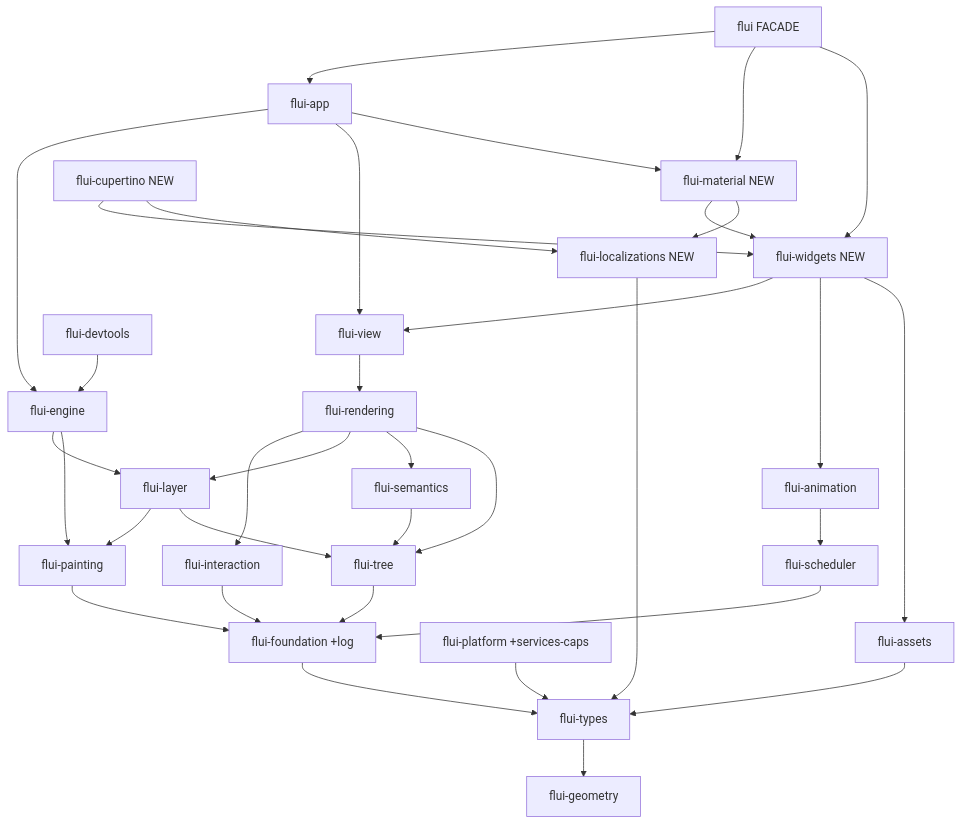
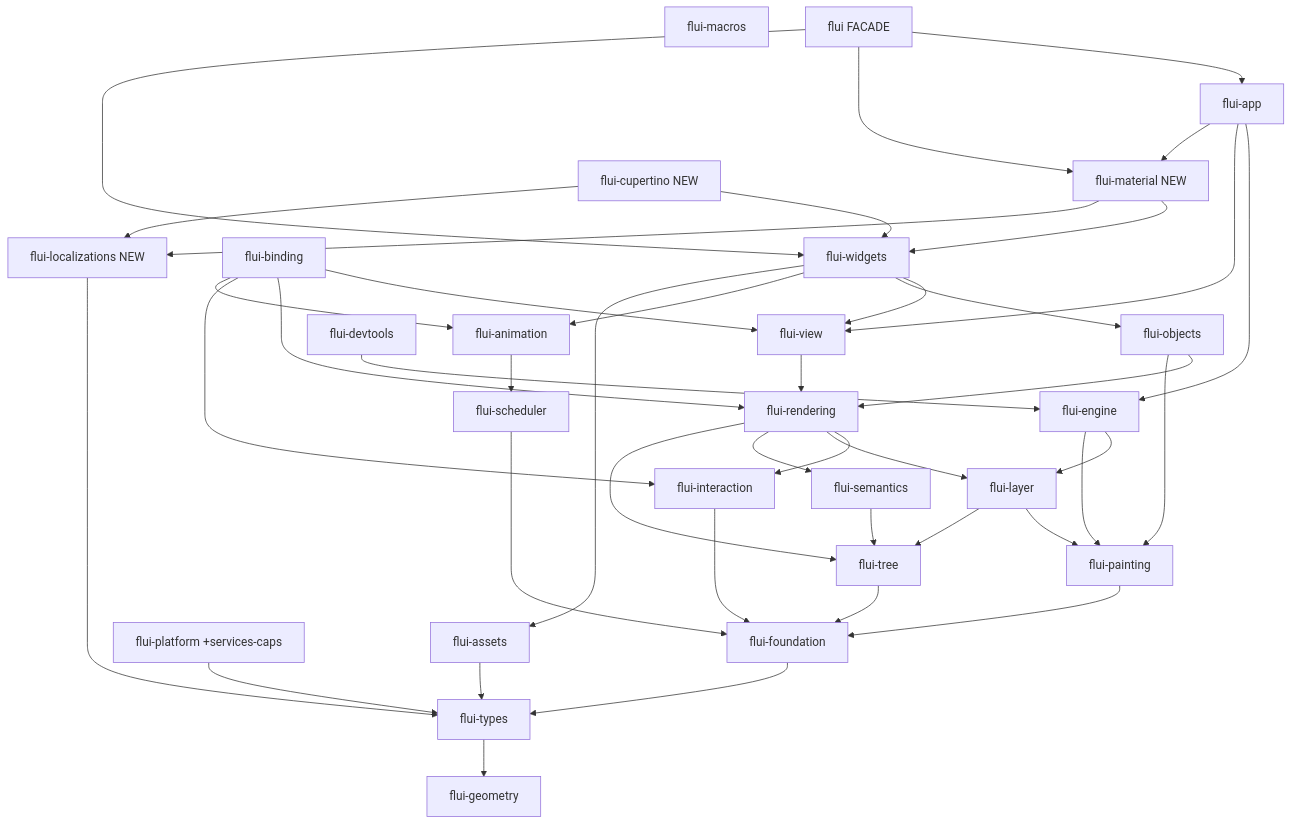
Before and after one commit to vanyastaff/flui: the diagram in docs/FOUNDATIONS.md, drawn with Mermaid. The commit also changed other lines of this file and 98 other files, not shown here.

````diff
--- a/docs/FOUNDATIONS.md
+++ b/docs/FOUNDATIONS.md
@@ -159,60 +159,70 @@
 ```mermaid
 graph TD
     geometry[flui-geometry]
     types[flui-types]
-    foundation[flui-foundation +log]
+    foundation[flui-foundation]
+    macros[flui-macros]
     tree[flui-tree]
     platform[flui-platform +services-caps]
     scheduler[flui-scheduler]
     painting[flui-painting]
     interaction[flui-interaction]
     assets[flui-assets]
     semantics[flui-semantics]
     layer[flui-layer]
     animation[flui-animation]
     engine[flui-engine]
     rendering[flui-rendering]
+    objects[flui-objects]
     view[flui-view]
     devtools[flui-devtools]
-    widgets[flui-widgets NEW]
+    widgets[flui-widgets]
+    binding[flui-binding]
     l10n[flui-localizations NEW]
     material[flui-material NEW]
     cupertino[flui-cupertino NEW]
     app[flui-app]
     facade[flui FACADE]
 
     types --> geometry
     foundation --> types
     tree --> foundation
     platform --> types
     scheduler --> foundation
     painting --> foundation
     interaction --> foundation
     assets --> types
     semantics --> tree
     layer --> painting
     layer --> tree
     animation --> scheduler
     engine --> layer
     engine --> painting
     rendering --> interaction
     rendering --> layer
     rendering --> semantics
     rendering --> tree
+    objects --> rendering
+    objects --> painting
     view --> rendering
     devtools --> engine
     widgets --> view
+    widgets --> objects
     widgets --> animation
     widgets --> assets
+    binding --> view
+    binding --> rendering
+    binding --> interaction
+    binding --> animation
     l10n --> types
     material --> widgets
     material --> l10n
     cupertino --> widgets
     cupertino --> l10n
     app --> engine
     app --> view
     app --> material
     facade --> app
     facade --> material
     facade --> widgets
 ```
````
